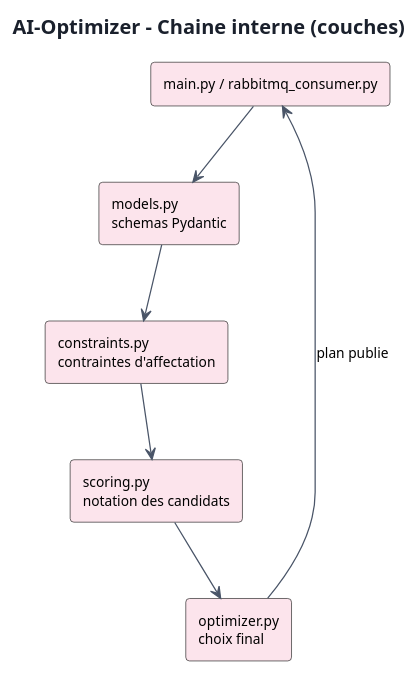
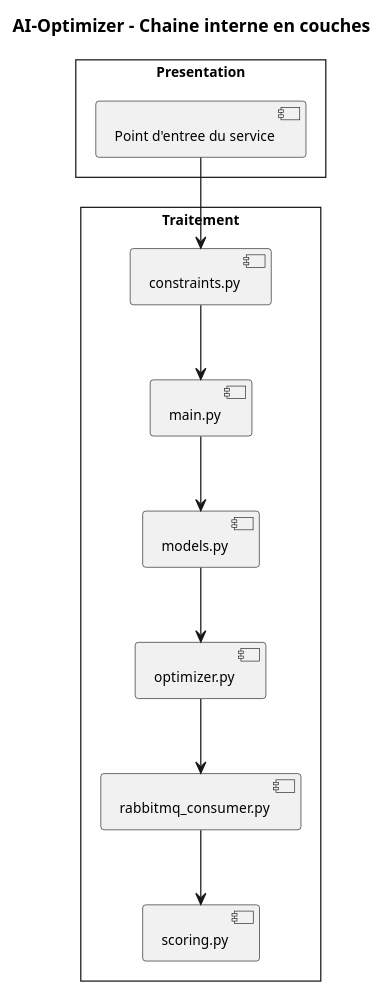
The diagram in docs/diagrams/microservices/AI-Optimizer/AI-Optimizer-service-flow.puml (saber-barhoumi/Xpark-gmao), drawn with PlantUML before and after one commit. The commit also changed 37 other files, not shown here.

First line of the commit message:
docs(uml): correctifs semantiques sur les diagrammes des microservices

```diff
--- a/docs/diagrams/microservices/AI-Optimizer/AI-Optimizer-service-flow.puml
+++ b/docs/diagrams/microservices/AI-Optimizer/AI-Optimizer-service-flow.puml
@@ -1,30 +1,34 @@
 @startuml
 skinparam style strictuml
-skinparam backgroundColor #FFFFFF
+skinparam packageStyle rectangle
+skinparam classAttributeIconSize 0
 skinparam shadowing false
 skinparam defaultFontName Verdana
 skinparam defaultFontSize 11
-skinparam roundCorner 6
-skinparam ArrowColor #4A5568
-skinparam TitleFontSize 16
-skinparam TitleFontColor #1A202C
-skinparam NoteBackgroundColor #FFF8DC
-skinparam NoteBorderColor #D6BF7A
-skinparam componentStyle rectangle
+skinparam backgroundColor #FFFFFF
+hide empty members
 
-title AI-Optimizer - Chaine interne (couches)
+title AI-Optimizer - Chaine interne en couches
 
 skinparam componentStyle rectangle
 
-rectangle "main.py / rabbitmq_consumer.py" as A #FCE4EC
-rectangle "models.py\nschemas Pydantic" as B #FCE4EC
-rectangle "constraints.py\ncontraintes d'affectation" as C #FCE4EC
-rectangle "scoring.py\nnotation des candidats" as D #FCE4EC
-rectangle "optimizer.py\nchoix final" as E #FCE4EC
-A --> B
-B --> C
-C --> D
-D --> E
-E --> A : plan publie
+package "Presentation" {
+  component "Point d'entree du service" as ENTREE
+}
+package "Traitement" {
+  component "constraints.py" as constraints_py
+  component "main.py" as main_py
+  component "models.py" as models_py
+  component "optimizer.py" as optimizer_py
+  component "rabbitmq_consumer.py" as rabbitmq_consumer_py
+  component "scoring.py" as scoring_py
+}
+
+ENTREE --> constraints_py
+constraints_py --> main_py
+main_py --> models_py
+models_py --> optimizer_py
+optimizer_py --> rabbitmq_consumer_py
+rabbitmq_consumer_py --> scoring_py
 
 @enduml
```
